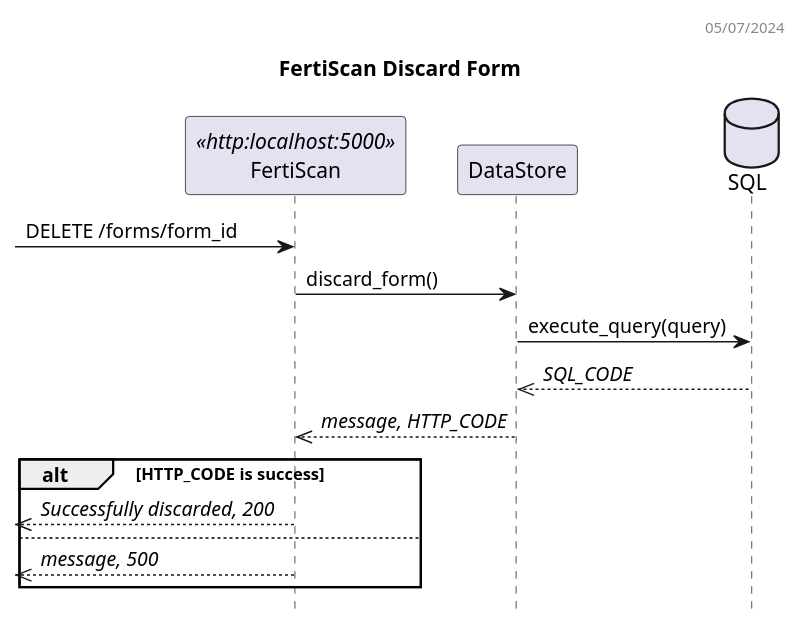
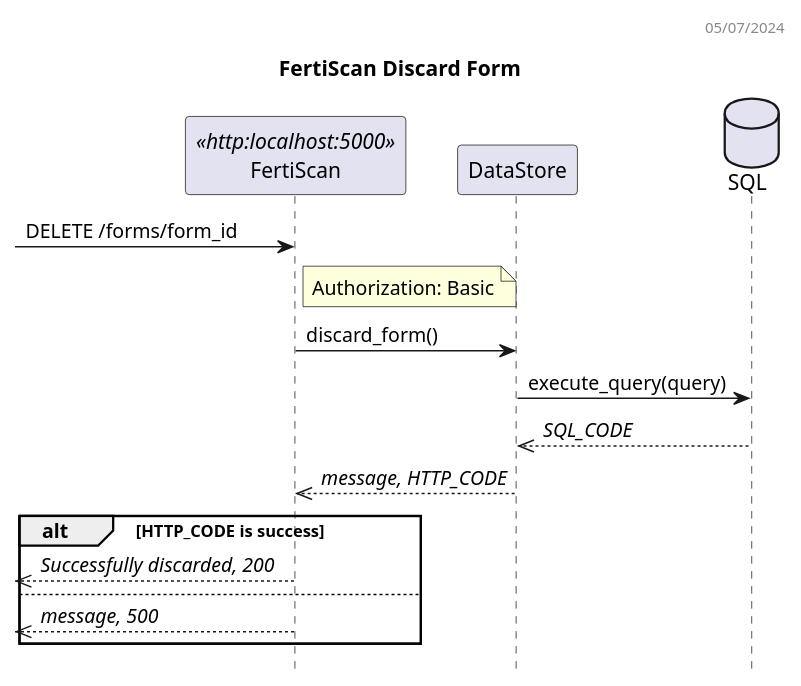
Before and after one commit to ai-cfia/fertiscan-backend: the diagram in docs/discard_dss.puml, drawn with PlantUML. The commit also changed 8 other files, not shown here.

Commit message:
doc: remove mention of email from diagrams

```diff
--- a/docs/discard_dss.puml
+++ b/docs/discard_dss.puml
@@ -1,23 +1,26 @@
 @startuml FertiScan Sequence Diagram
 header 05/07/2024
 
 title FertiScan Discard Form
 hide empty members
 hide footbox
 
 participant FertiScan as BE <<http:localhost:5000>>
 participant DataStore as DS
 database SQL as DB
 
 -> BE: DELETE /forms/form_id
+note right BE
+  Authorization: Basic
+end note
 BE -> DS: discard_form() 
 DS -> DB: execute_query(query)
 DS <<-- DB: //SQL_CODE//
 BE <<-- DS: //message, HTTP_CODE//
 alt HTTP_CODE is success
   <<-- BE: //Successfully discarded, 200//
 else
   <<-- BE: //message, 500//
 end
 
 @enduml
```
